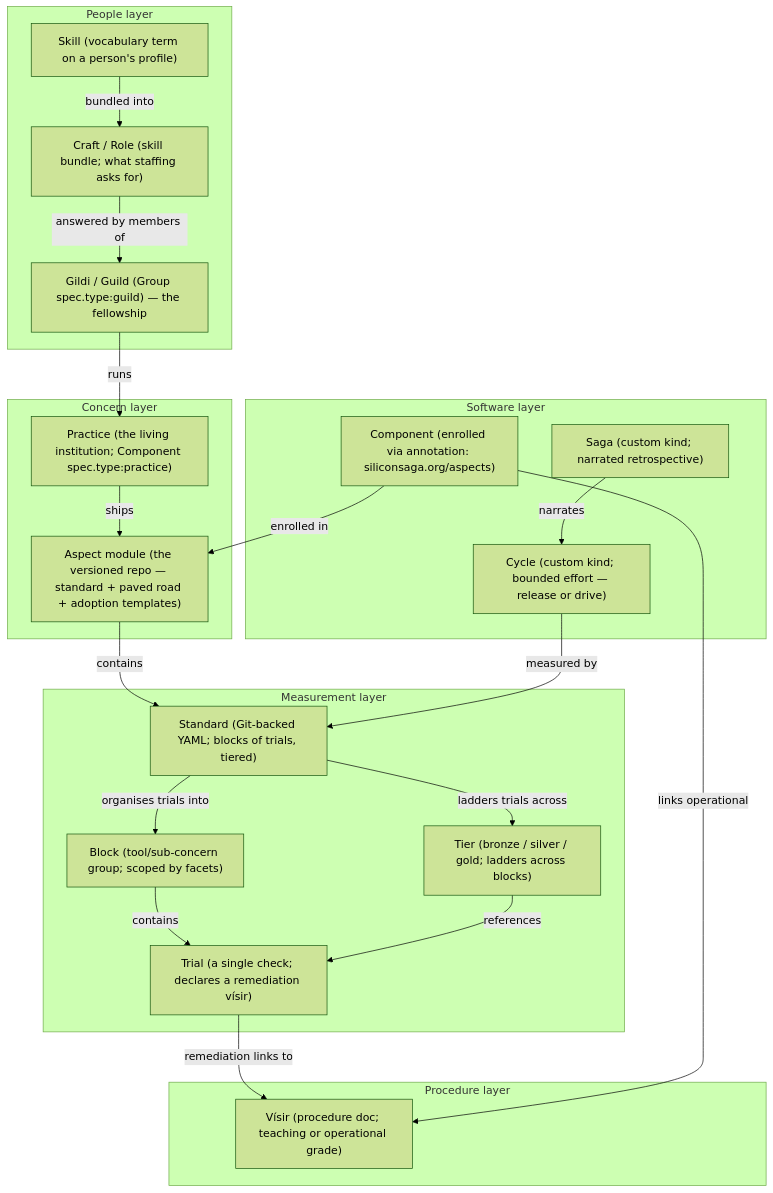
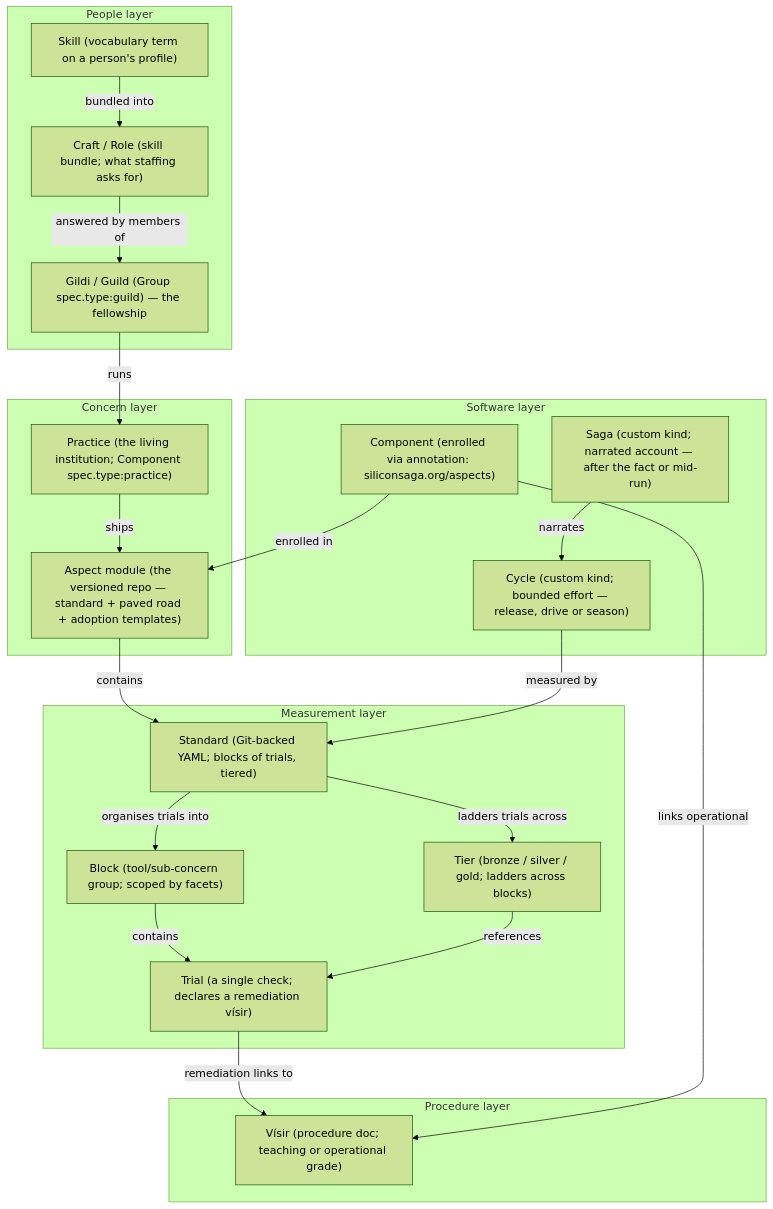
One commit to SiliconSaga/leidangr changed the first of 3 diagrams in docs/guildhall-model.md. Above: the diagram before and after it, drawn with Mermaid (forest theme). The commit also changed other lines of this file and 2 other files, not shown here.

````diff
--- a/docs/guildhall-model.md
+++ b/docs/guildhall-model.md
@@ -7,45 +7,45 @@
 ```mermaid
 graph TD
     subgraph "People layer"
         SKILL["Skill (vocabulary term on a person's profile)"]
         CRAFT["Craft / Role (skill bundle; what staffing asks for)"]
         GILDI["Gildi / Guild (Group spec.type:guild) — the fellowship"]
     end
 
     subgraph "Concern layer"
         PRACTICE["Practice (the living institution; Component spec.type:practice)"]
         ASPECT["Aspect module (the versioned repo — standard + paved road + adoption templates)"]
     end
 
     subgraph "Measurement layer"
         STANDARD["Standard (Git-backed YAML; blocks of trials, tiered)"]
         BLOCK["Block (tool/sub-concern group; scoped by facets)"]
         TIER["Tier (bronze / silver / gold; ladders across blocks)"]
         TRIAL["Trial (a single check; declares a remediation vísir)"]
     end
 
     subgraph "Procedure layer"
         VISAR["Vísir (procedure doc; teaching or operational grade)"]
     end
 
     subgraph "Software layer"
         COMPONENT["Component (enrolled via annotation: siliconsaga.org/aspects)"]
-        CYCLE["Cycle (custom kind; bounded effort — release or drive)"]
-        SAGA["Saga (custom kind; narrated retrospective)"]
+        CYCLE["Cycle (custom kind; bounded effort — release, drive or season)"]
+        SAGA["Saga (custom kind; narrated account — after the fact or mid-run)"]
     end
 
     SKILL -->|"bundled into"| CRAFT
     CRAFT -->|"answered by members of"| GILDI
     GILDI -->|"runs"| PRACTICE
     PRACTICE -->|"ships"| ASPECT
     ASPECT -->|"contains"| STANDARD
     STANDARD -->|"organises trials into"| BLOCK
     STANDARD -->|"ladders trials across"| TIER
     BLOCK -->|"contains"| TRIAL
     TIER -->|"references"| TRIAL
     TRIAL -->|"remediation links to"| VISAR
     COMPONENT -->|"enrolled in"| ASPECT
     COMPONENT -->|"links operational"| VISAR
     CYCLE -->|"measured by"| STANDARD
     SAGA -->|"narrates"| CYCLE
 ```
````
